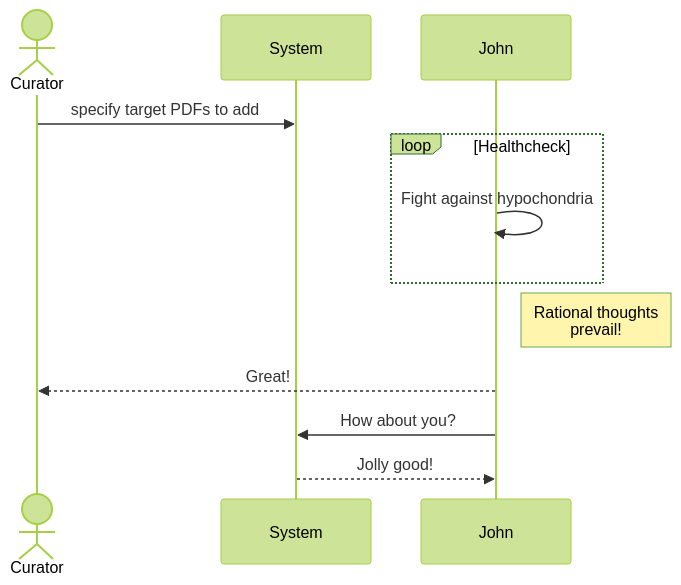
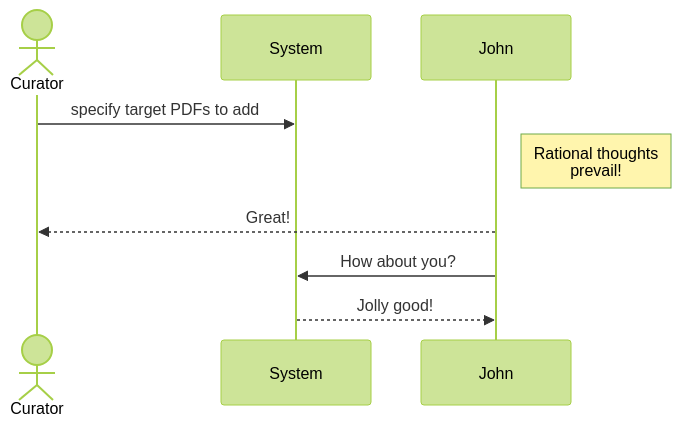
Before and after one commit to drew-wks/ASK: the diagram in docs/library_admin_processes.md, drawn with Mermaid (forest theme).

````diff
--- a/docs/library_admin_processes.md
+++ b/docs/library_admin_processes.md
@@ -5,13 +5,10 @@
 ```mermaid
 sequenceDiagram
     actor Curator
     participant System
     Curator->>System: specify target PDFs to add
-    loop Healthcheck
-        John->>John: Fight against hypochondria
-    end
     Note right of John: Rational thoughts <br/>prevail!
     John-->>Curator: Great!
     John->>System: How about you?
     System-->>John: Jolly good!
 ```
````
